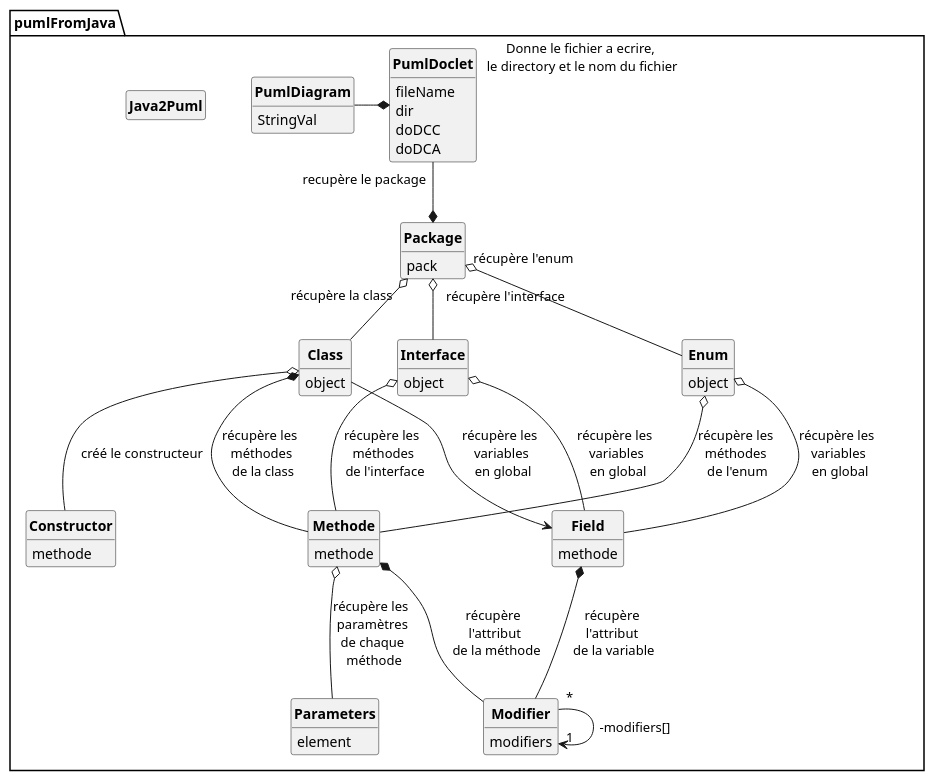
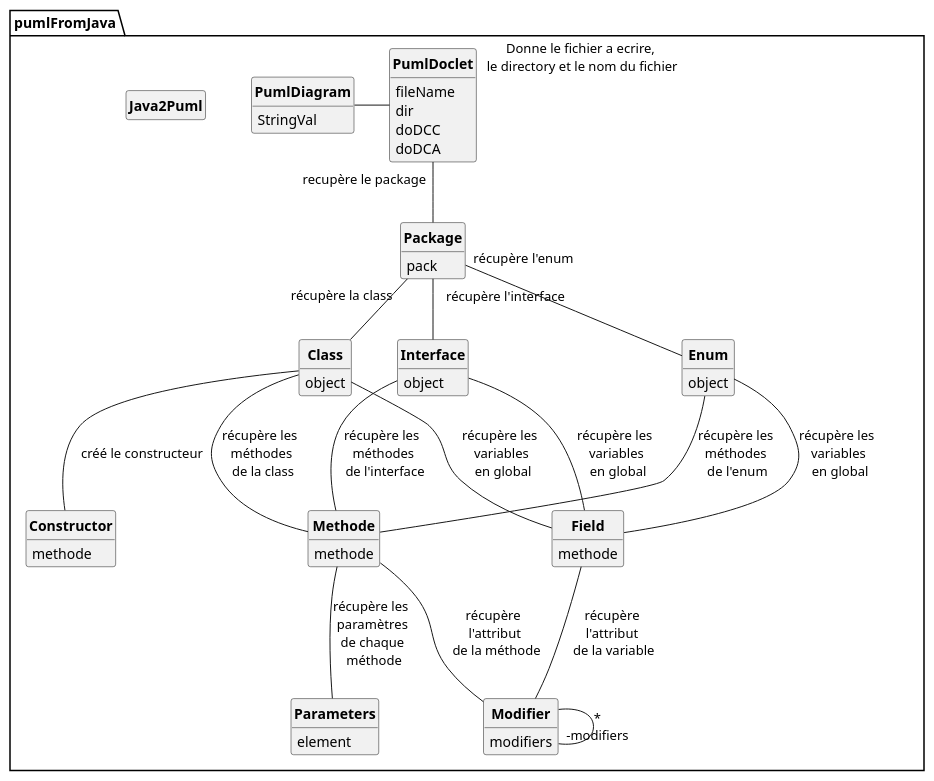
Before and after one commit to D3B1RUM4N/PumlFromJava: the diagram in puml/DiagrammesCodeEleve/DcaCodeEleve.puml, drawn with PlantUML. The commit also changed 2 other files, not shown here.

```diff
--- a/puml/DiagrammesCodeEleve/DcaCodeEleve.puml
+++ b/puml/DiagrammesCodeEleve/DcaCodeEleve.puml
@@ -1,96 +1,96 @@
 @startuml
 
 'UML GENERE PAR CODE :)
 
 skinparam style strictuml
 skinparam classAttributeIconSize 0
 skinparam classFontStyle Bold
 hide empty members
 
 PACKAGE pumlFromJava{
 class PumlDiagram{
         StringVal
     }
 
     class Java2Puml{
 
     }
     class PumlDoclet {
         fileName
         dir
         doDCC
         doDCA
     }
 
 
     class Package{
         pack
     }
 
     class Class{
         object
 
     }
 
     class Field{
         methode
 
     }
 
     class Enum{
         object
 
     }
 
     class Interface{
         object
     }
 
     class Constructor{
         methode
 
     }
 
     class Methode{
         methode
 
 
     }
 
     class Modifier {
              modifiers
         }
 
     class Parameters {
         element
 
     }
 
-PumlDoclet "recupère le package" --* Package
+PumlDoclet "recupère le package" -- Package
 
-Package "récupère la class" o-- Class
-Package "récupère l'interface" o-- Interface
-Package "récupère l'enum" o-- Enum
+Package "récupère la class" -- Class
+Package "récupère l'interface" -- Interface
+Package "récupère l'enum" -- Enum
 
-Class  --> Field : récupère les \nvariables\n en global
+Class  -- Field : récupère les \nvariables\n en global
 
-PumlDoclet "Donne le fichier a ecrire,\n le directory et le nom du fichier" *---l- PumlDiagram
+PumlDoclet "Donne le fichier a ecrire,\n le directory et le nom du fichier" ---l- PumlDiagram
 
-Class o-- Constructor : créé le constructeur
-Class *-- Methode : récupère les \nméthodes\n de la class
+Class -- Constructor : créé le constructeur
+Class -- Methode : récupère les \nméthodes\n de la class
 
-Interface o-- Methode : récupère les \nméthodes\n de l'interface
-Interface  o-- Field : récupère les \nvariables\n en global
+Interface -- Methode : récupère les \nméthodes\n de l'interface
+Interface  -- Field : récupère les \nvariables\n en global
 
-Enum o-- Methode : récupère les \nméthodes \nde l'enum
-Enum  o-- Field : récupère les \nvariables\n en global
+Enum -- Methode : récupère les \nméthodes \nde l'enum
+Enum  -- Field : récupère les \nvariables\n en global
 
-Methode o-- Parameters : récupère les \nparamètres\nde chaque\n méthode
+Methode -- Parameters : récupère les \nparamètres\nde chaque\n méthode
 
-Methode *-- Modifier : récupère \nl'attribut\n de la méthode
-Field *-- Modifier : récupère \nl'attribut \nde la variable
+Methode -- Modifier : récupère \nl'attribut\n de la méthode
+Field -- Modifier : récupère \nl'attribut \nde la variable
 
-Modifier "*"-->"1" Modifier : -modifiers[]
+Modifier -- "*\n-modifiers" Modifier
 
 }
 @enduml
```
